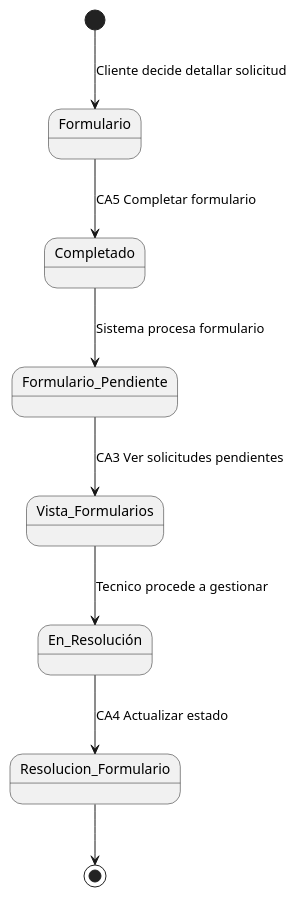
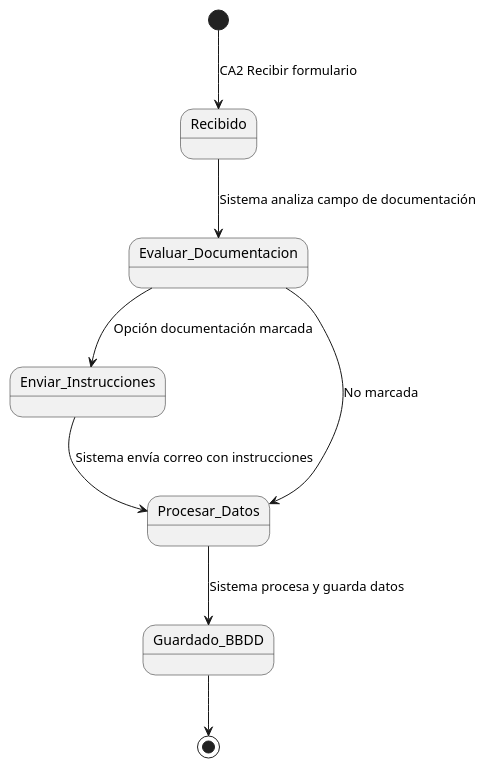
Before and after one commit to Jorgeog25/GII-TFG-2026: the diagram in Estudiantes/jorge-otero/capitulo2/DdR/FlujoEntidades/codigo/Flujo_Formulario.puml, drawn with PlantUML. The commit also changed 18 other files, not shown here.

```diff
--- a/Estudiantes/jorge-otero/capitulo2/DdR/FlujoEntidades/codigo/Flujo_Formulario.puml
+++ b/Estudiantes/jorge-otero/capitulo2/DdR/FlujoEntidades/codigo/Flujo_Formulario.puml
@@ -1,19 +1,18 @@
 @startuml Flujo_Formulario
 
 top to bottom direction
 
-[*] --> Formulario : Cliente decide detallar solicitud
+[*] --> Recibido : CA2 Recibir formulario
 
-Formulario --> Completado : CA5 Completar formulario
+Recibido --> Evaluar_Documentacion : Sistema analiza campo de documentación
 
-Completado --> Formulario_Pendiente : Sistema procesa formulario
+Evaluar_Documentacion --> Enviar_Instrucciones : Opción documentación marcada
+Evaluar_Documentacion --> Procesar_Datos : No marcada
 
-Formulario_Pendiente --> Vista_Formularios : CA3 Ver solicitudes pendientes
+Enviar_Instrucciones --> Procesar_Datos : Sistema envía correo con instrucciones
 
-Vista_Formularios --> En_Resolución : Tecnico procede a gestionar
+Procesar_Datos --> Guardado_BBDD : Sistema procesa y guarda datos
 
-En_Resolución --> Resolucion_Formulario : CA4 Actualizar estado
-
-Resolucion_Formulario --> [*]
+Guardado_BBDD --> [*]
 
 @enduml
```
